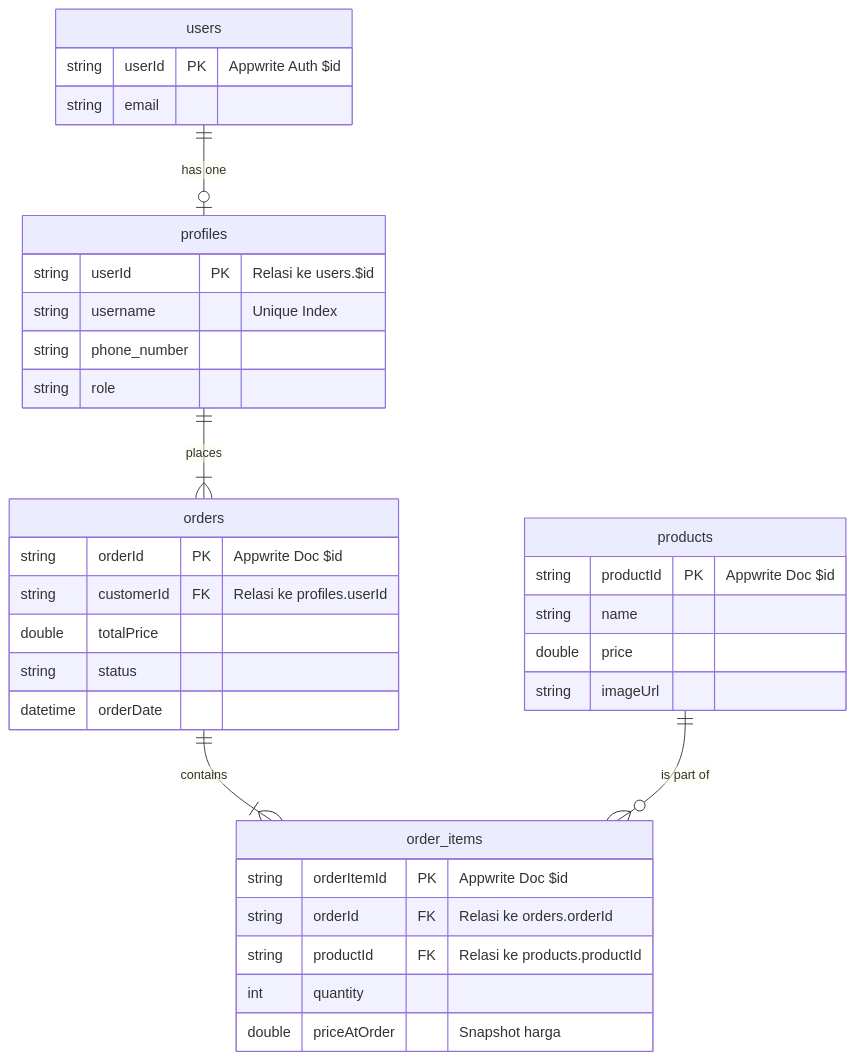
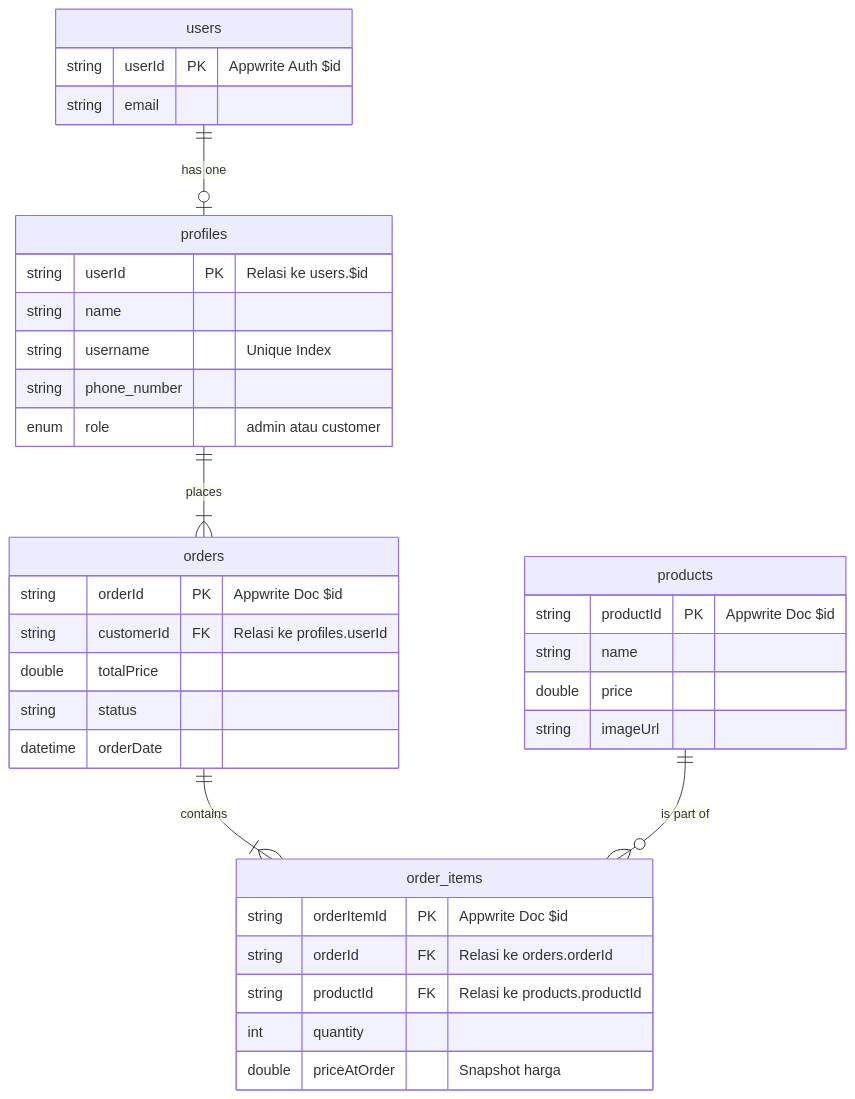
Before and after one commit to azharmlnf/aplikasi-pemesanan-ayam-potong: the diagram in dokumen-srs-Azhar-221240001263.md, drawn with Mermaid. The commit also changed other lines of this file and 140 other files, not shown here.

````diff
--- a/dokumen-srs-Azhar-221240001263.md
+++ b/dokumen-srs-Azhar-221240001263.md
@@ -174,42 +175,43 @@
 ```mermaid
 erDiagram
     users {
         string userId PK "Appwrite Auth $id"
         string email
     }
 
     profiles {
         string userId PK "Relasi ke users.$id"
+        string name
         string username "Unique Index"
         string phone_number
-        string role
+        enum role "admin  atau customer"
     }
 
     products {
         string productId PK "Appwrite Doc $id"
         string name
         double price
         string imageUrl
     }
 
     orders {
         string orderId PK "Appwrite Doc $id"
         string customerId FK "Relasi ke profiles.userId"
         double totalPrice
         string status
         datetime orderDate
     }
 
     order_items {
         string orderItemId PK "Appwrite Doc $id"
         string orderId FK "Relasi ke orders.orderId"
         string productId FK "Relasi ke products.productId"
         int quantity
         double priceAtOrder "Snapshot harga"
     }
 
     users ||--o| profiles : "has one"
     profiles ||--|{ orders : "places"
     orders ||--|{ order_items : "contains"
     products ||--o{ order_items : "is part of"
 ```
````
